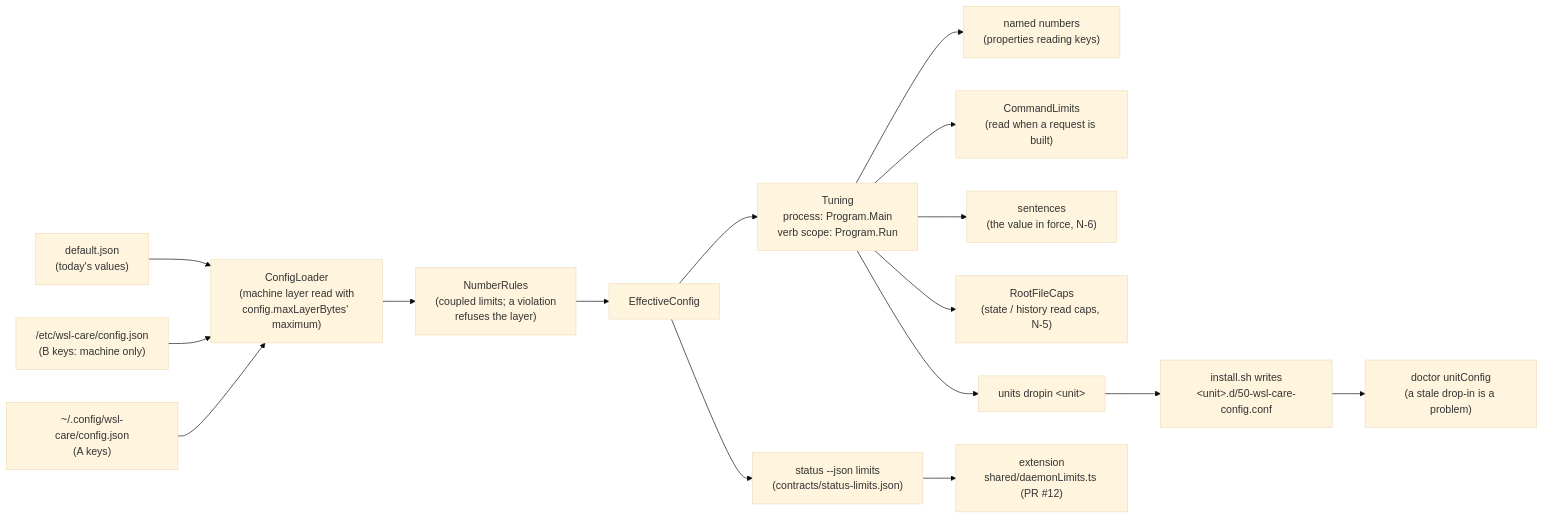
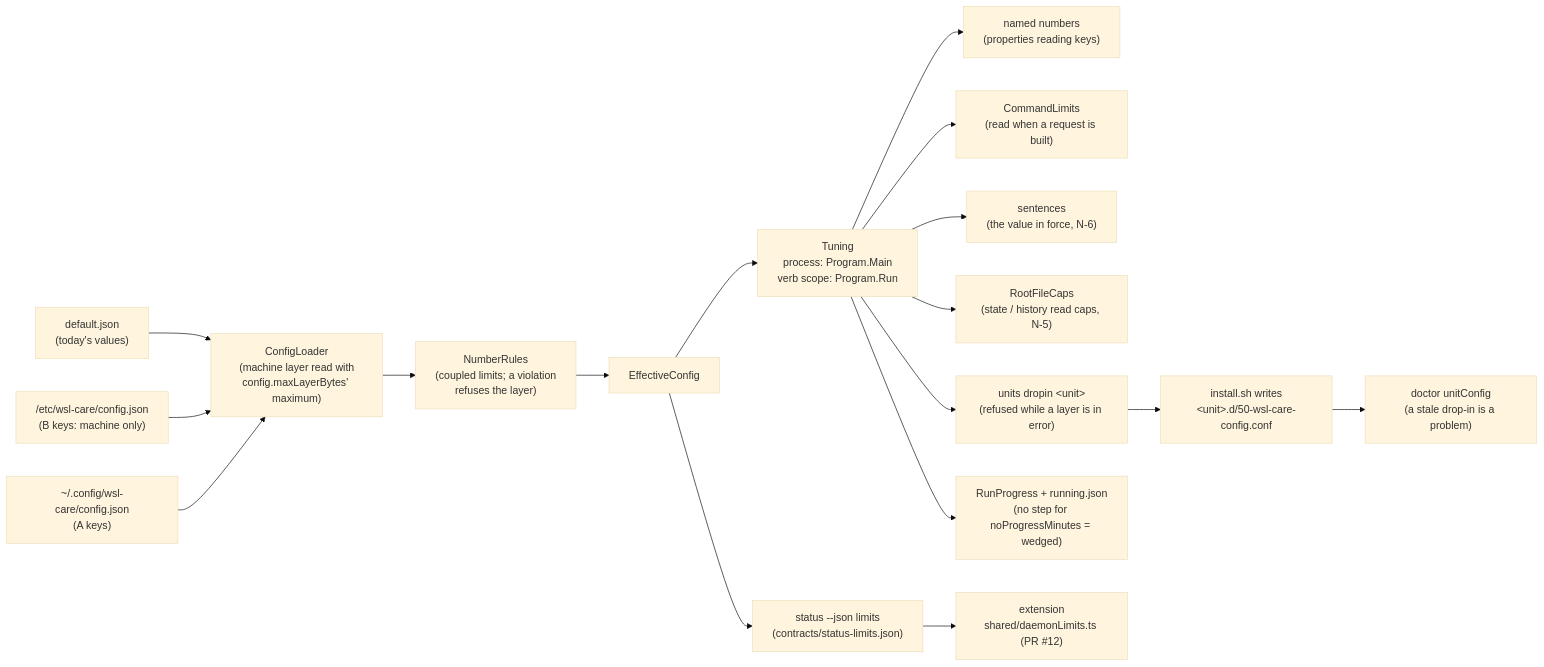
One commit to oleksandrdubyna88/wsl_care changed diagram 29 of 33 in research/architecture.md. Above: the diagram before and after it, drawn with Mermaid (base theme). The commit also changed other lines of this file and 61 other files, not shown here.

````diff
--- a/research/architecture.md
+++ b/research/architecture.md
@@ -2634,18 +2640,19 @@
 ```mermaid
 flowchart LR
     defaults["default.json<br/>(today's values)"] --> loader["ConfigLoader<br/>(machine layer read with<br/>config.maxLayerBytes' maximum)"]
     machine["/etc/wsl-care/config.json<br/>(B keys: machine only)"] --> loader
     user["~/.config/wsl-care/config.json<br/>(A keys)"] --> loader
     loader --> rules["NumberRules<br/>(coupled limits; a violation<br/>refuses the layer)"]
     rules --> effective["EffectiveConfig"]
     effective --> tuning["Tuning<br/>process: Program.Main<br/>verb scope: Program.Run"]
     tuning --> consts["named numbers<br/>(properties reading keys)"]
     tuning --> limits["CommandLimits<br/>(read when a request is built)"]
     tuning --> sentences["sentences<br/>(the value in force, N-6)"]
     tuning --> caps["RootFileCaps<br/>(state / history read caps, N-5)"]
-    tuning --> dropin["units dropin &lt;unit&gt;"]
+    tuning --> dropin["units dropin &lt;unit&gt;<br/>(refused while a layer is in error)"]
+    tuning --> watchdog["RunProgress + running.json<br/>(no step for noProgressMinutes = wedged)"]
     dropin --> install["install.sh writes<br/>&lt;unit&gt;.d/50-wsl-care-config.conf"]
     install --> doctor["doctor unitConfig<br/>(a stale drop-in is a problem)"]
     effective --> status["status --json limits<br/>(contracts/status-limits.json)"]
     status --> ext["extension<br/>shared/daemonLimits.ts (PR #12)"]
 ```
````
